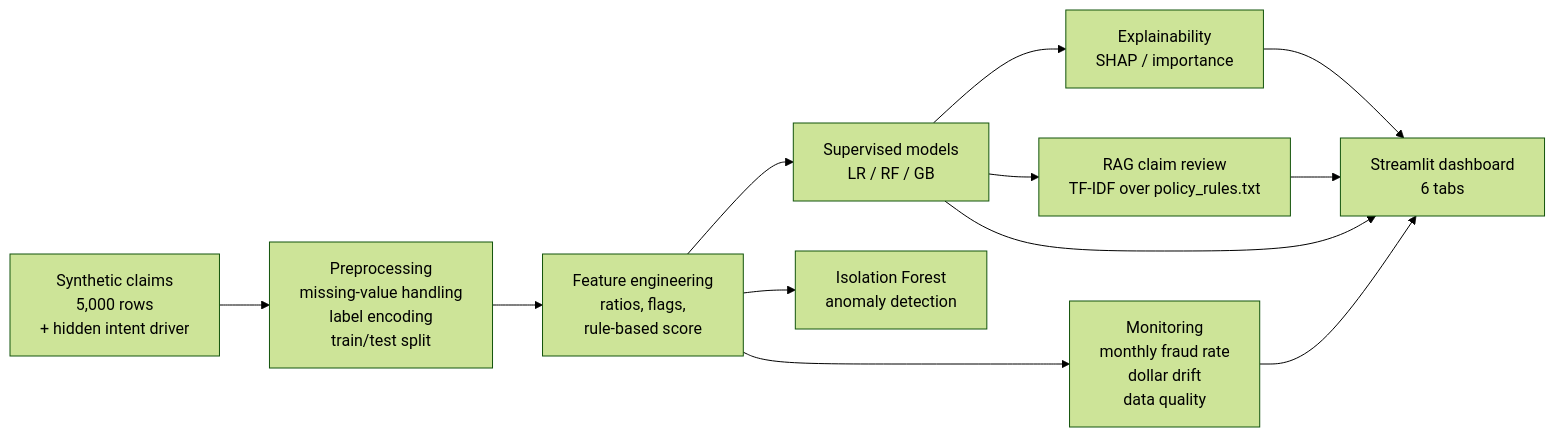
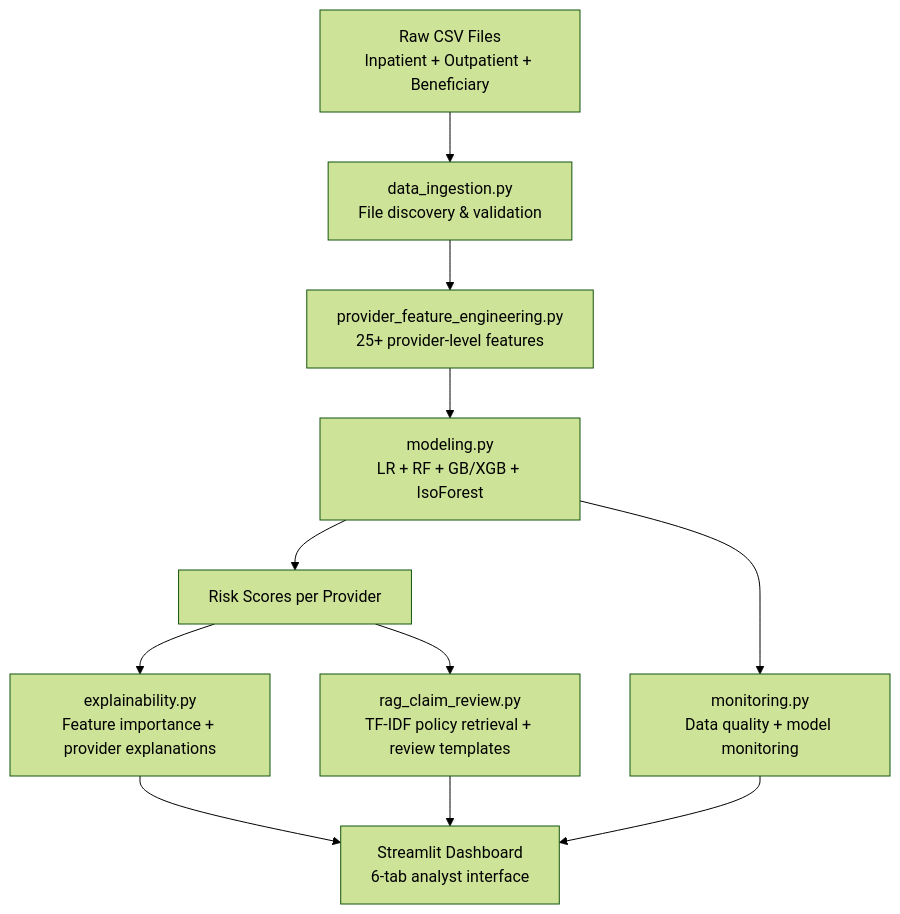
Before and after one commit to bobaoxu2001/Insurance-FWA-Risk-Scoring-GenAI-Claims-Review-System: the diagram in README.md, drawn with Mermaid (forest theme). The commit also changed other lines of this file and 26 other files, not shown here.

````diff
--- a/README.md
+++ b/README.md
@@ -66,14 +92,13 @@
 ```mermaid
-flowchart LR
-    A[Synthetic claims<br/>5,000 rows<br/>+ hidden intent driver] --> B[Preprocessing<br/>missing-value handling<br/>label encoding<br/>train/test split]
-    B --> C[Feature engineering<br/>ratios, flags,<br/>rule-based score]
-    C --> D[Supervised models<br/>LR / RF / GB]
-    C --> E[Isolation Forest<br/>anomaly detection]
-    D --> F[Explainability<br/>SHAP / importance]
-    D --> G[RAG claim review<br/>TF-IDF over policy_rules.txt]
-    C --> H[Monitoring<br/>monthly fraud rate<br/>dollar drift<br/>data quality]
-    F --> I[Streamlit dashboard<br/>6 tabs]
+graph TD
+    A[Raw CSV Files<br>Inpatient + Outpatient + Beneficiary] --> B[data_ingestion.py<br>File discovery & validation]
+    B --> C[provider_feature_engineering.py<br>25+ provider-level features]
+    C --> D[modeling.py<br>LR + RF + GB/XGB + IsoForest]
+    D --> E[Risk Scores per Provider]
+    E --> F[explainability.py<br>Feature importance + provider explanations]
+    E --> G[rag_claim_review.py<br>TF-IDF policy retrieval + review templates]
+    D --> H[monitoring.py<br>Data quality + model monitoring]
+    F --> I[Streamlit Dashboard<br>6-tab analyst interface]
     G --> I
     H --> I
-    D --> I
 ```
````
